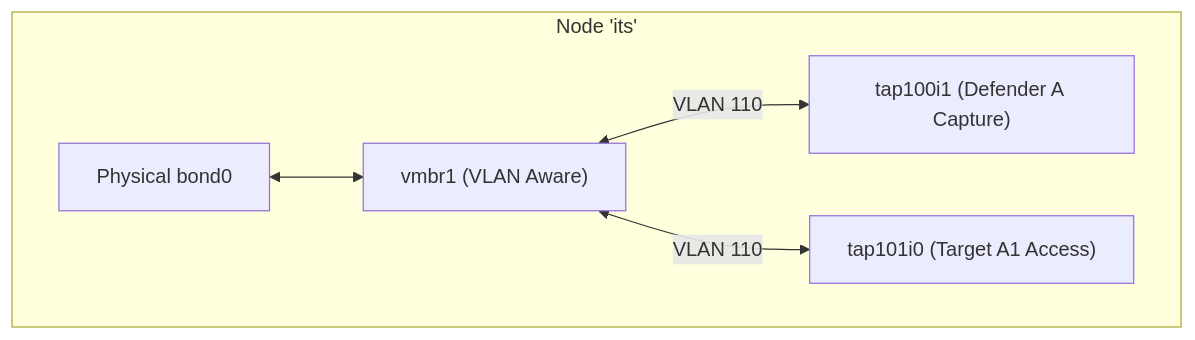
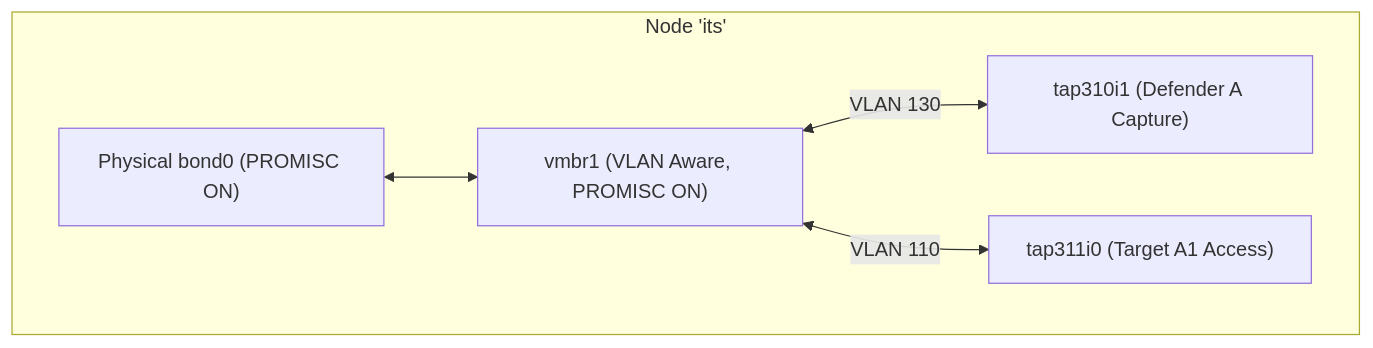
Before and after one commit to rhaffle87/fl-cl: the third of 4 diagrams in docs/04_deployment_walkthrough.md, drawn with Mermaid. The commit also changed other lines of this file and 13 other files, not shown here.

Commit message:
feat: implement Proxmox FL-CL testbed architecture, documentation, and infrastructure provisioning scripts

````diff
--- a/docs/04_deployment_walkthrough.md
+++ b/docs/04_deployment_walkthrough.md
@@ -100,8 +117,8 @@
 ```mermaid
 graph TD
     subgraph node_its ["Node 'its'"]
-        bond0["Physical bond0"] <--> vmbr1["vmbr1 (VLAN Aware)"]
-        vmbr1 <-->|VLAN 110| tap100i1["tap100i1 (Defender A Capture)"]
-        vmbr1 <-->|VLAN 110| tap101i0["tap101i0 (Target A1 Access)"]
+        bond0["Physical bond0 (PROMISC ON)"] <--> vmbr1["vmbr1 (VLAN Aware, PROMISC ON)"]
+        vmbr1 <-->|VLAN 130| tap310i1["tap310i1 (Defender A Capture)"]
+        vmbr1 <-->|VLAN 110| tap311i0["tap311i0 (Target A1 Access)"]
     end
 ```
````
